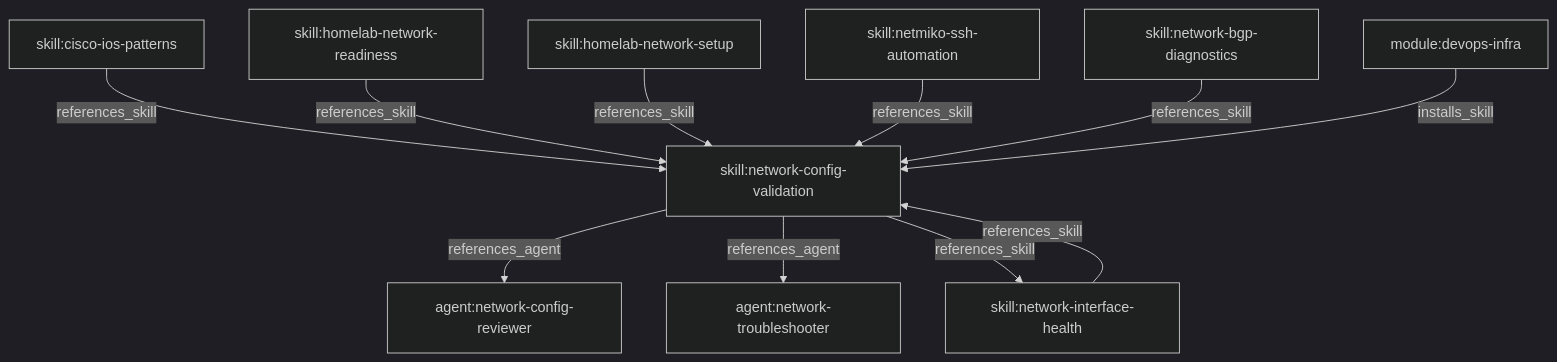
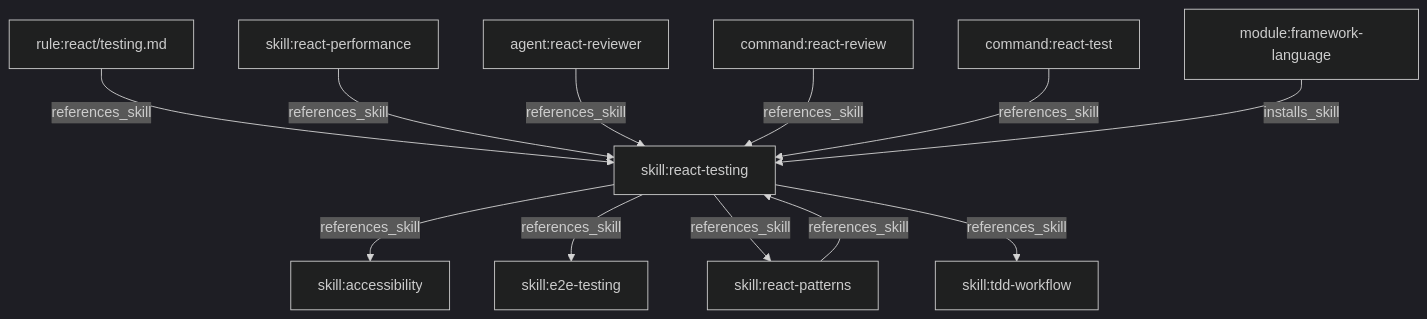
Before and after one commit to coderofmutou/ecc-custom: the fourth of 10 diagrams in .claude/skills/dependency-graph/DEPENDENCY-GRAPH.md, drawn with Mermaid (dark theme). The commit also changed other lines of this file and 30 other files, not shown here.

Commit message:
chore(agents): 裁剪与 Java 后端画像无关的 healthcare/homelab/network/marketing/seo/chief-of-staff 组件

````diff
--- a/.claude/skills/dependency-graph/DEPENDENCY-GRAPH.md
+++ b/.claude/skills/dependency-graph/DEPENDENCY-GRAPH.md
@@ -198,13 +198,14 @@
 ```mermaid
 graph TD
-  skill_cisco_ios_patterns["skill:cisco-ios-patterns"] -->|references_skill| skill_network_config_validation["skill:network-config-validation"]
-  skill_homelab_network_readiness["skill:homelab-network-readiness"] -->|references_skill| skill_network_config_validation["skill:network-config-validation"]
-  skill_homelab_network_setup["skill:homelab-network-setup"] -->|references_skill| skill_network_config_validation["skill:network-config-validation"]
-  skill_netmiko_ssh_automation["skill:netmiko-ssh-automation"] -->|references_skill| skill_network_config_validation["skill:network-config-validation"]
-  skill_network_bgp_diagnostics["skill:network-bgp-diagnostics"] -->|references_skill| skill_network_config_validation["skill:network-config-validation"]
-  skill_network_config_validation["skill:network-config-validation"] -->|references_agent| agent_network_config_reviewer["agent:network-config-reviewer"]
-  skill_network_config_validation["skill:network-config-validation"] -->|references_agent| agent_network_troubleshooter["agent:network-troubleshooter"]
-  skill_network_config_validation["skill:network-config-validation"] -->|references_skill| skill_network_interface_health["skill:network-interface-health"]
-  skill_network_interface_health["skill:network-interface-health"] -->|references_skill| skill_network_config_validation["skill:network-config-validation"]
-  module_devops_infra["module:devops-infra"] -->|installs_skill| skill_network_config_validation["skill:network-config-validation"]
+  rule_react_testing_md["rule:react/testing.md"] -->|references_skill| skill_react_testing["skill:react-testing"]
+  skill_react_patterns["skill:react-patterns"] -->|references_skill| skill_react_testing["skill:react-testing"]
+  skill_react_performance["skill:react-performance"] -->|references_skill| skill_react_testing["skill:react-testing"]
+  skill_react_testing["skill:react-testing"] -->|references_skill| skill_accessibility["skill:accessibility"]
+  skill_react_testing["skill:react-testing"] -->|references_skill| skill_e2e_testing["skill:e2e-testing"]
+  skill_react_testing["skill:react-testing"] -->|references_skill| skill_react_patterns["skill:react-patterns"]
+  skill_react_testing["skill:react-testing"] -->|references_skill| skill_tdd_workflow["skill:tdd-workflow"]
+  agent_react_reviewer["agent:react-reviewer"] -->|references_skill| skill_react_testing["skill:react-testing"]
+  command_react_review["command:react-review"] -->|references_skill| skill_react_testing["skill:react-testing"]
+  command_react_test["command:react-test"] -->|references_skill| skill_react_testing["skill:react-testing"]
+  module_framework_language["module:framework-language"] -->|installs_skill| skill_react_testing["skill:react-testing"]
 ```
````
